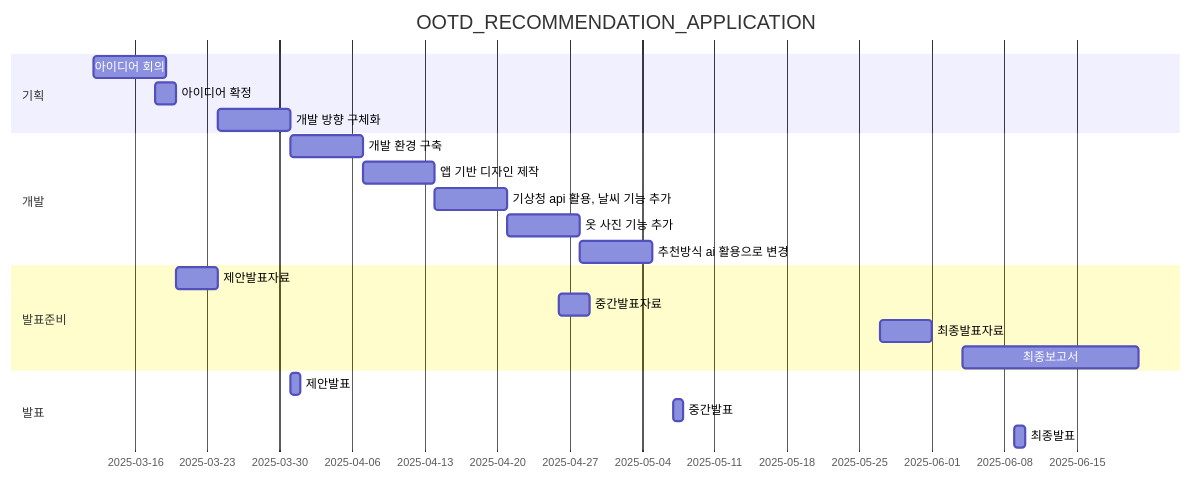
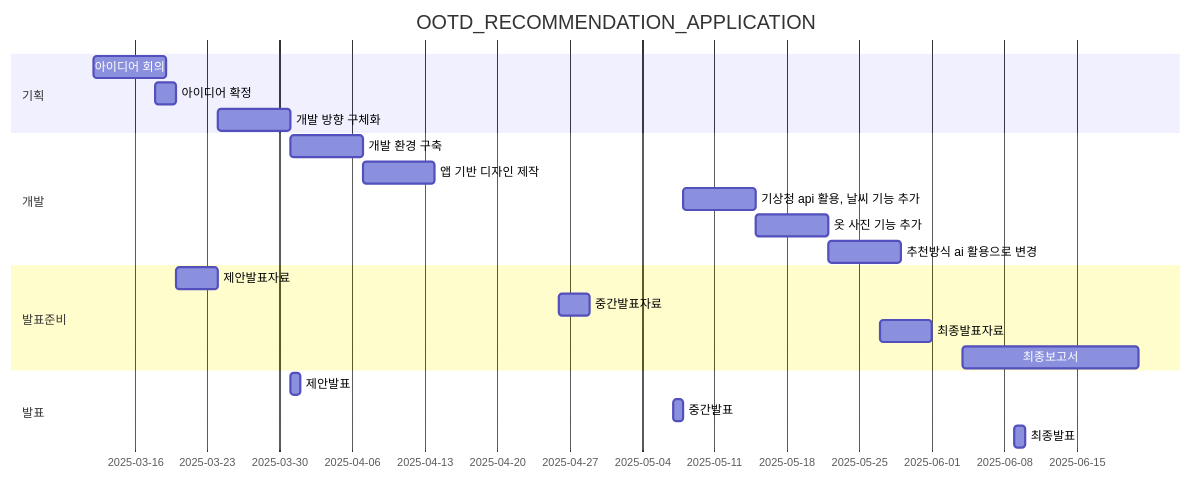
Before and after one commit to Introduction-to-Engineering-Design-13/LOR: the diagram in project-plan.md, drawn with Mermaid.

````diff
--- a/project-plan.md
+++ b/project-plan.md
@@ -1,31 +1,31 @@
 ```mermaid
 gantt
     title OOTD_RECOMMENDATION_APPLICATION
 
     dateFormat  YYYY-MM-DD
 
     section 기획
     아이디어 회의      :a1, 2025-03-12, 7d
     아이디어 확정      :a2, 2025-03-18, 2d
     개발 방향 구체화    :a3, after d1, 7d
     
     section 개발
     개발 환경 구축        :c1, after a3, 7d
     앱 기반 디자인 제작    :c2, after c1, 7d
-    기상청 api 활용, 날씨 기능 추가     : c3, after c2, 7d
+    기상청 api 활용, 날씨 기능 추가     : c3, after e2, 7d
 옷 사진 기능 추가      :c5,after c3,7d
     추천방식 ai 활용으로 변경        :c4 , after c5, 7d
 
 
     section 발표준비
     제안발표자료        :d1,    after a2,      4d
     중간발표자료        :d2,    2025-04-26,    3d
     최종발표자료        :d3,    2025-05-27,    5d
     최종보고서          :d4,    2025-06-04,    17d
 
     section 발표
     제안발표            :e1,    2025-03-31,    1d 
     중간발표            :e2,    2025-05-07,    1d
     최종발표            :e3,    2025-06-09,    1d
 
 ```
````
